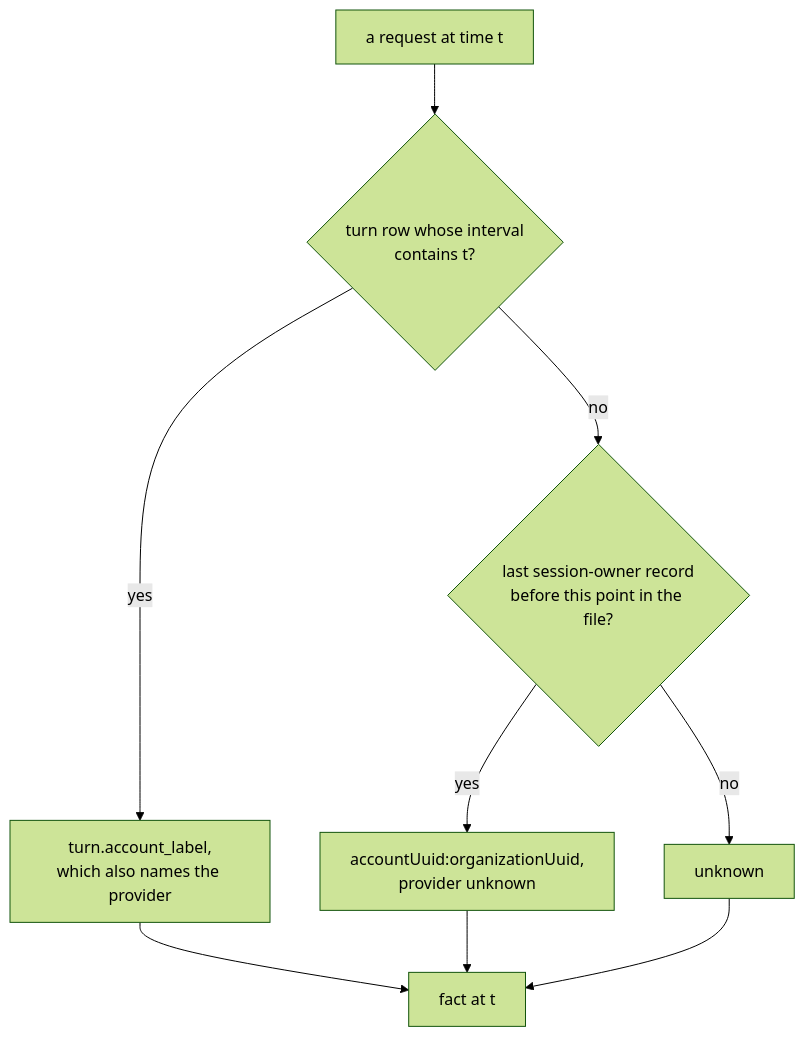
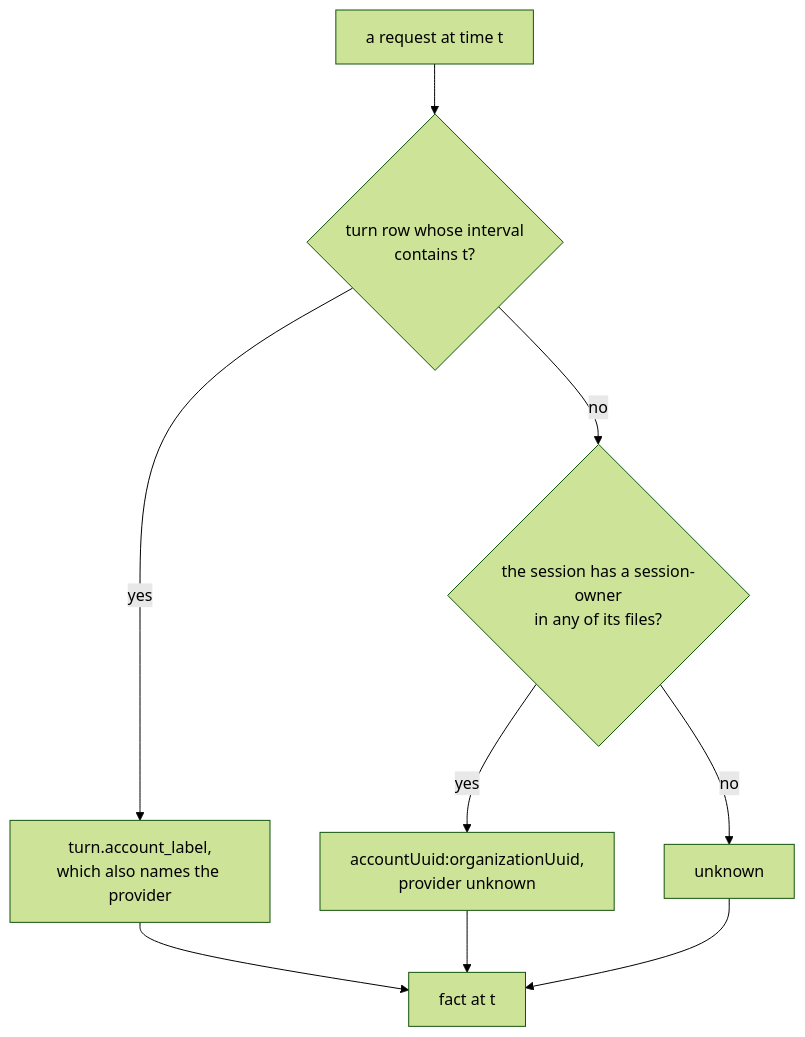
The second of 2 diagrams in docs/ANALYTICS.md (ShaitanLyss/volery), drawn with Mermaid (forest theme) before and after one commit. The commit also changed other lines of this file, not shown here.

````diff
--- a/docs/ANALYTICS.md
+++ b/docs/ANALYTICS.md
@@ -363,11 +557,11 @@
 ```mermaid
 flowchart TD
   R[a request at time t] --> T{turn row whose interval<br/>contains t?}
   T -->|yes| TL[turn.account_label,<br/>which also names the provider]
-  T -->|no| O{last session-owner record<br/>before this point in the file?}
+  T -->|no| O{the session has a session-owner<br/>in any of its files?}
   O -->|yes| OL[accountUuid:organizationUuid,<br/>provider unknown]
   O -->|no| U[unknown]
   TL --> F[fact at t]
   OL --> F
   U --> F
 ```
````
